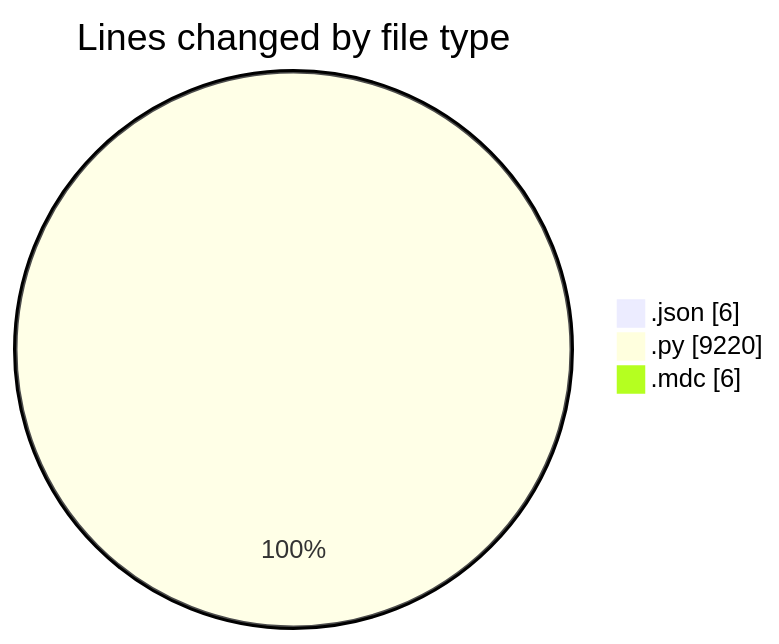
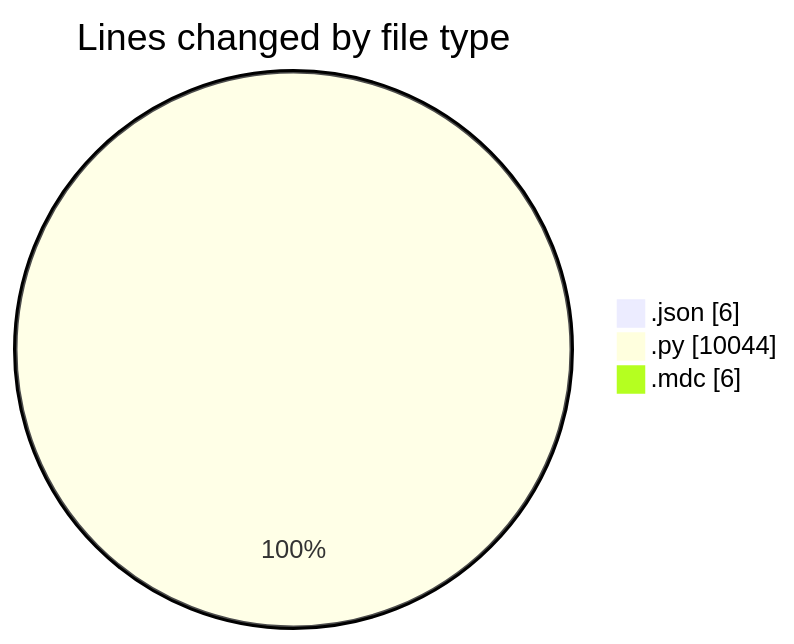
One commit to jrari/code-tracking changed the first of 2 diagrams in 2025-07-16/telebot/README.md. Above: the diagram before and after it, drawn with Mermaid. The commit also changed other lines of this file and 1 other file, not shown here.

````diff
--- a/2025-07-16/telebot/README.md
+++ b/2025-07-16/telebot/README.md
@@ -28,7 +29,7 @@
 ```mermaid
 pie showData
 title Lines changed by file type
 ".json" : 6
-".py" : 9220
+".py" : 10044
 ".mdc" : 6
 ```
````
